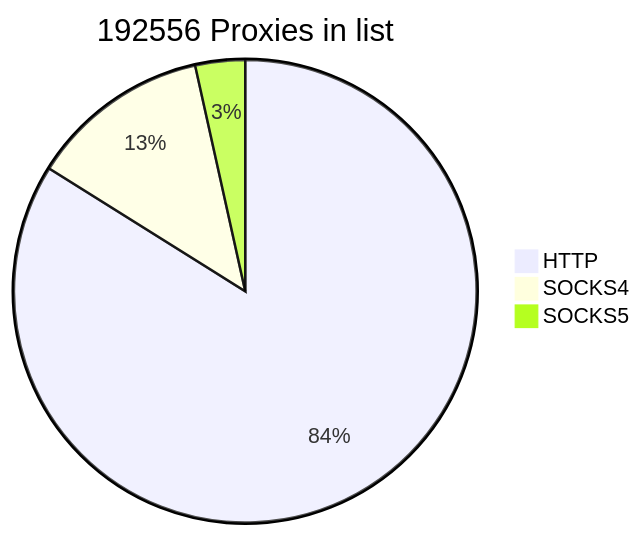
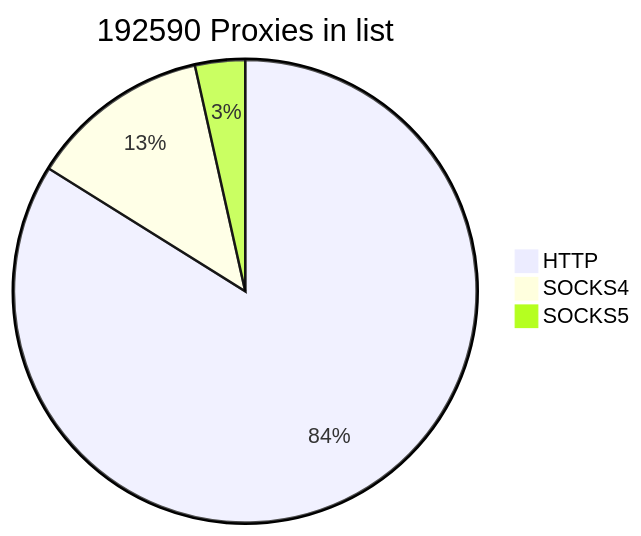
The first of 2 diagrams in README.md (cutipu/proxylist), drawn with Mermaid before and after one commit. The commit also changed other lines of this file, not shown here.

````diff
--- a/README.md
+++ b/README.md
@@ -2,7 +2,7 @@
 ```mermaid
-pie title 192556 Proxies in list
-    "HTTP" : 161563
-    "SOCKS4" : 24297
-    "SOCKS5" : 6696
+pie title 192590 Proxies in list
+    "HTTP" : 161561
+    "SOCKS4" : 24299
+    "SOCKS5" : 6730
             
 ```
````
